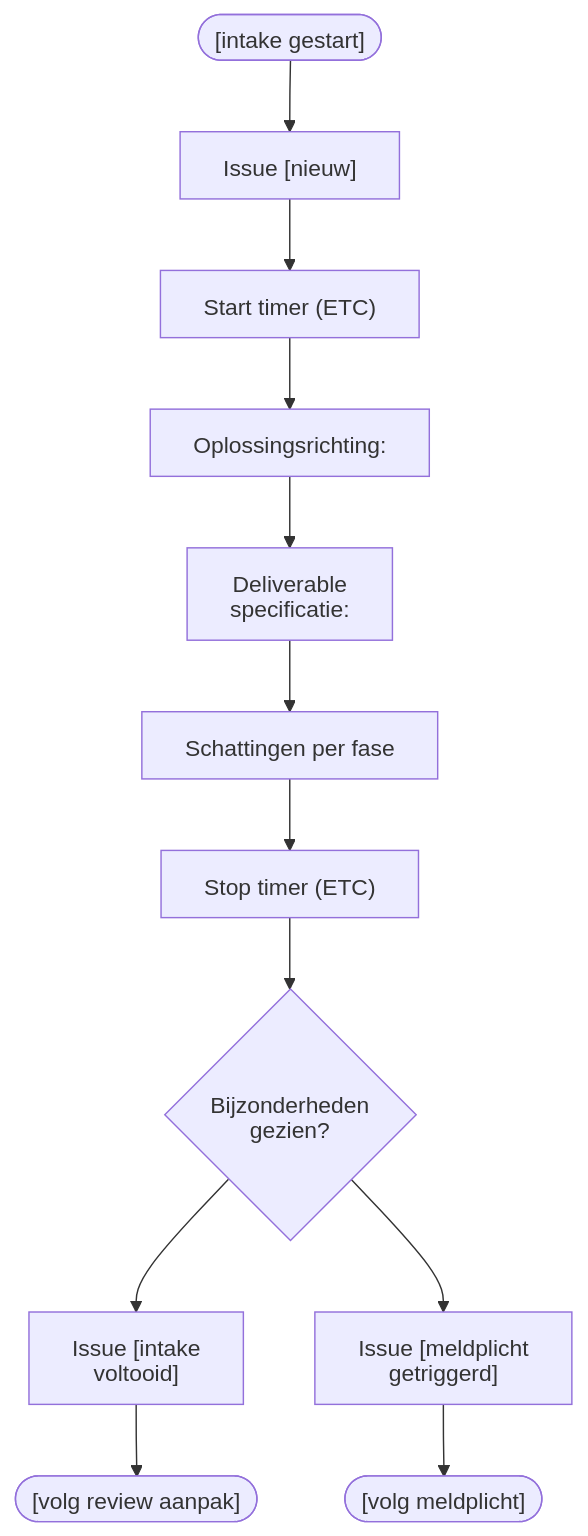
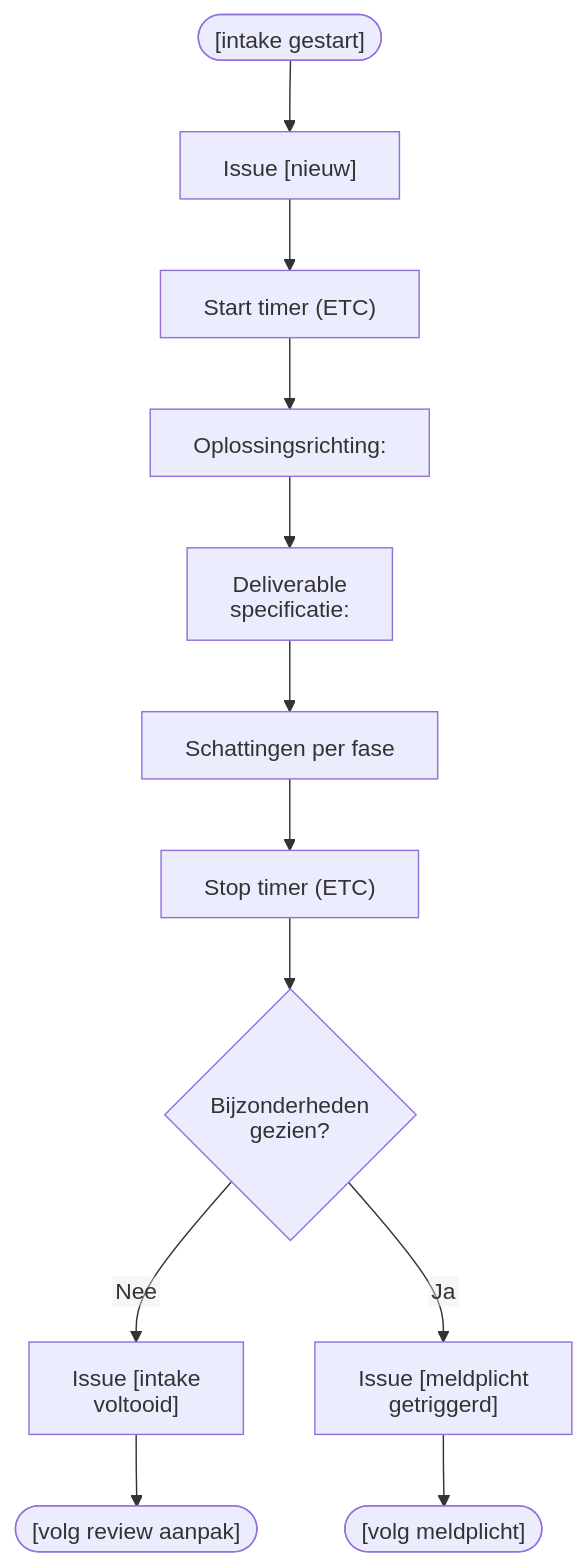
One commit to Zaibatsu89/IssueTracker changed the diagram in 1 Issue Tracker intake.mermaid. Above: the diagram before and after it, drawn with Mermaid.

Commit message:
fix: labeled both gateway branches

```diff
--- a/1 Issue Tracker intake.mermaid
+++ b/1 Issue Tracker intake.mermaid
@@ -1,25 +1,25 @@
 %%{init: {"htmlLabels": false, "theme": "default", "themeVariables": {"fontFamily": "sans-serif"}, "flowchart": {"htmlLabels": false}}}%%
 flowchart TD
     bpmn_start_event(["[intake gestart]"])
     bpmn_task_nieuw["Issue [nieuw]"]
     bpmn_task_start_timer["Start timer (ETC)"]
     bpmn_task_oplossingsrichting["Oplossingsrichting:"]
     bpmn_task_deliverables["Deliverable\nspecificatie:"]
     bpmn_task_planning["Schattingen per fase"]
     bpmn_task_stop_timer["Stop timer (ETC)"]
     bpmn_gateway_bijzonderheden{"Bijzonderheden\ngezien?"}
     bpmn_task_intake_voltooid["Issue [intake\nvoltooid]"]
     bpmn_end_aanpak(["[volg review aanpak]"])
     bpmn_task_meldplicht_getriggerd["Issue [meldplicht\ngetriggerd]"]
     bpmn_end_meldplicht(["[volg meldplicht]"])
     bpmn_start_event --> bpmn_task_nieuw
     bpmn_task_nieuw --> bpmn_task_start_timer
     bpmn_task_start_timer --> bpmn_task_oplossingsrichting
     bpmn_task_oplossingsrichting --> bpmn_task_deliverables
     bpmn_task_deliverables --> bpmn_task_planning
     bpmn_task_planning --> bpmn_task_stop_timer
     bpmn_task_stop_timer --> bpmn_gateway_bijzonderheden
-    bpmn_gateway_bijzonderheden --> bpmn_task_intake_voltooid
+    bpmn_gateway_bijzonderheden -- Nee --> bpmn_task_intake_voltooid
     bpmn_task_intake_voltooid --> bpmn_end_aanpak
-    bpmn_gateway_bijzonderheden --> bpmn_task_meldplicht_getriggerd
+    bpmn_gateway_bijzonderheden -- Ja --> bpmn_task_meldplicht_getriggerd
     bpmn_task_meldplicht_getriggerd --> bpmn_end_meldplicht
```
